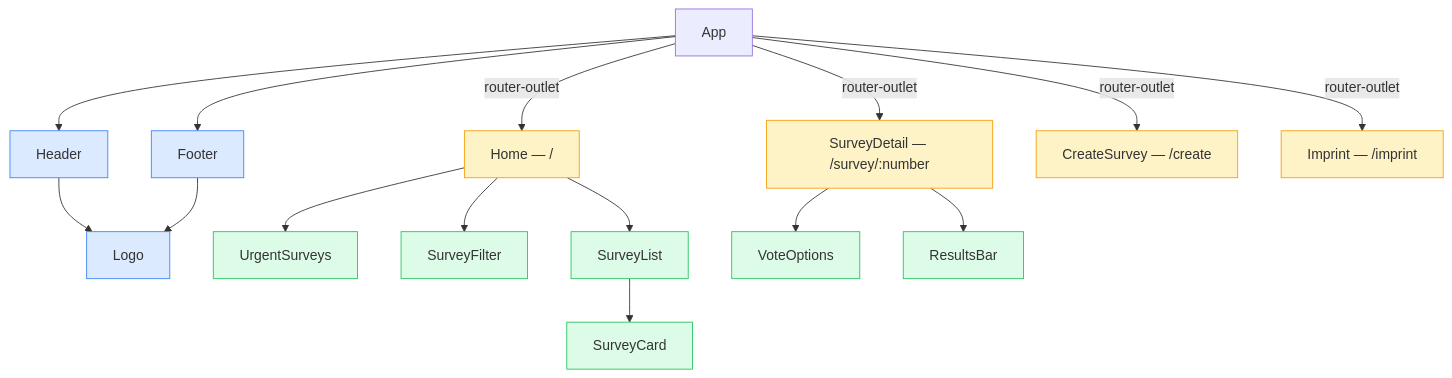
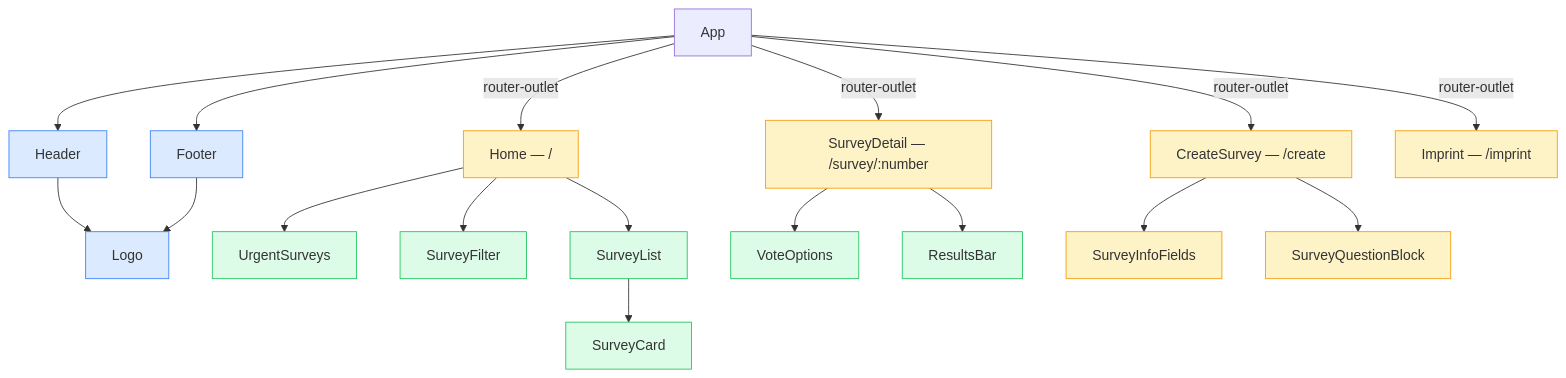
One commit to ttoebbe/PollApp changed the first of 2 diagrams in README.md. Above: the diagram before and after it, drawn with Mermaid. The commit also changed other lines of this file, not shown here.

````diff
--- a/README.md
+++ b/README.md
@@ -182,46 +184,51 @@
 ```mermaid
 flowchart TD
     App[App]
 
     Header[Header]
     Footer[Footer]
     Logo[Logo]
 
     Home["Home — /"]
     SurveyDetail["SurveyDetail — /survey/:number"]
     CreateSurvey["CreateSurvey — /create"]
     Imprint["Imprint — /imprint"]
 
     UrgentSurveys[UrgentSurveys]
     SurveyFilter[SurveyFilter]
     SurveyList[SurveyList]
     SurveyCard[SurveyCard]
     VoteOptions[VoteOptions]
     ResultsBar[ResultsBar]
+    SurveyInfoFields[SurveyInfoFields]
+    SurveyQuestionBlock[SurveyQuestionBlock]
 
     App --> Header
     App --> Footer
     App -->|router-outlet| Home
     App -->|router-outlet| SurveyDetail
     App -->|router-outlet| CreateSurvey
     App -->|router-outlet| Imprint
 
     Header --> Logo
     Footer --> Logo
 
     Home --> UrgentSurveys
     Home --> SurveyFilter
     Home --> SurveyList
     SurveyList --> SurveyCard
 
     SurveyDetail --> VoteOptions
     SurveyDetail --> ResultsBar
 
+    CreateSurvey --> SurveyInfoFields
+    CreateSurvey --> SurveyQuestionBlock
+
     classDef layout fill:#dbeafe,stroke:#3b82f6
     classDef page fill:#fef3c7,stroke:#f59e0b
     classDef shared fill:#dcfce7,stroke:#22c55e
 
     class Header,Footer,Logo layout
-    class Home,SurveyDetail,CreateSurvey,Imprint page
+    class Home,SurveyDetail,CreateSurvey,Imprint,SurveyInfoFields,SurveyQuestionBlock page
     class UrgentSurveys,SurveyFilter,SurveyList,SurveyCard,VoteOptions,ResultsBar shared
 ```
````
